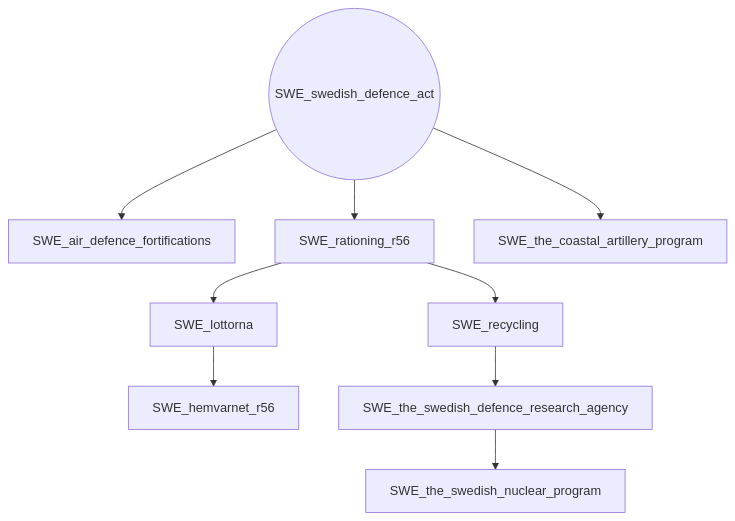
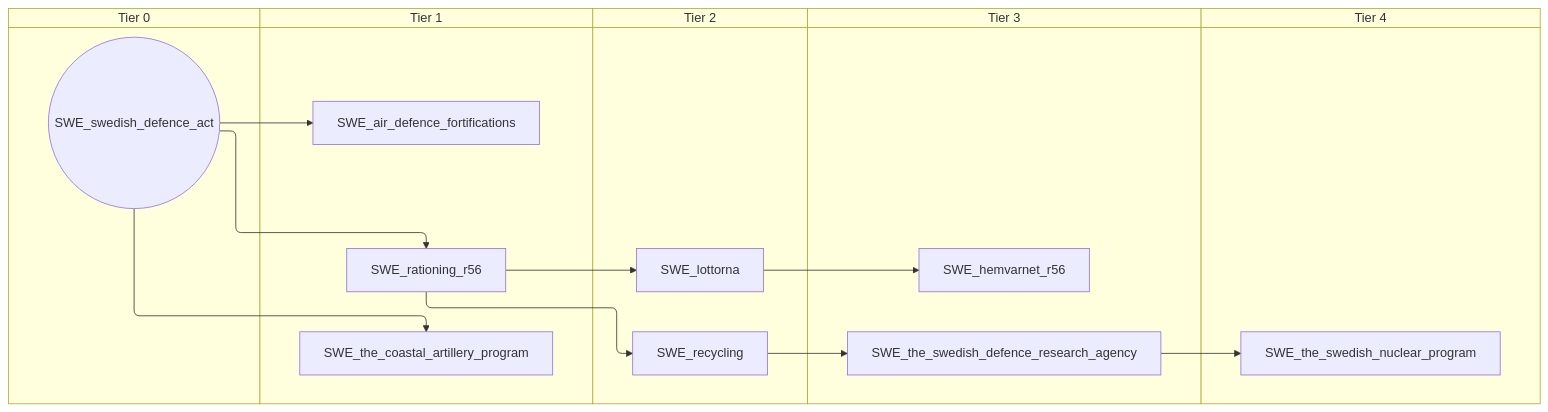
Before and after one commit to evgeny-sobol/hoi4-sandbox-mode-r56: the fifth of 6 diagrams in docs/gdd/National Focuses/r56/r56_sweden.md, drawn with Mermaid. The commit also changed other lines of this file and 423 other files, not shown here.

First line of the commit message:
Re-export Rt56 focus trees as swimlane diagrams

````diff
--- a/docs/gdd/National Focuses/r56/r56_sweden.md
+++ b/docs/gdd/National Focuses/r56/r56_sweden.md
@@ -442,20 +518,30 @@
 ```mermaid
-flowchart TD
-    n169["SWE_air_defence_fortifications"]
-    n170["SWE_hemvarnet_r56"]
-    n171["SWE_lottorna"]
-    n172["SWE_rationing_r56"]
-    n173["SWE_recycling"]
-    n174(("SWE_swedish_defence_act"))
-    n175["SWE_the_coastal_artillery_program"]
-    n176["SWE_the_swedish_defence_research_agency"]
-    n177["SWE_the_swedish_nuclear_program"]
-    n174 --> n169
-    n171 --> n170
-    n172 --> n171
-    n174 --> n172
-    n172 --> n173
-    n174 --> n175
-    n173 --> n176
+swimlane-beta TD
+    subgraph tier_0["Tier 0"]
+        n169(("SWE_swedish_defence_act"))
+    end
+    subgraph tier_1["Tier 1"]
+        n170["SWE_air_defence_fortifications"]
+        n171["SWE_rationing_r56"]
+        n172["SWE_the_coastal_artillery_program"]
+    end
+    subgraph tier_2["Tier 2"]
+        n173["SWE_lottorna"]
+        n174["SWE_recycling"]
+    end
+    subgraph tier_3["Tier 3"]
+        n175["SWE_hemvarnet_r56"]
+        n176["SWE_the_swedish_defence_research_agency"]
+    end
+    subgraph tier_4["Tier 4"]
+        n177["SWE_the_swedish_nuclear_program"]
+    end
+    n169 --> n170
+    n173 --> n175
+    n171 --> n173
+    n169 --> n171
+    n171 --> n174
+    n169 --> n172
+    n174 --> n176
     n176 --> n177
 ```
````
